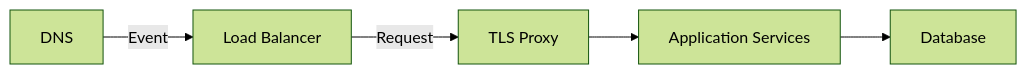
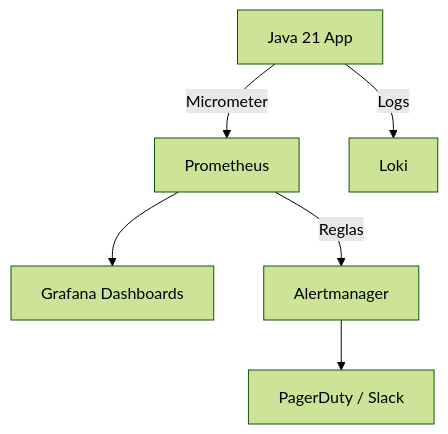
The fourth of 8 diagrams in _Review/dns_tls_y_load_balancing_en_sistemas_modernos/dns_tls_y_load_balancing_en_sistemas_modernos.md (Joaquinriosheredia/DAM-Java-Mastery), drawn with Mermaid (forest theme) before and after one commit. The commit also changed other lines of this file, not shown here.

Commit message:
DNS, TLS y Load Balancing en Sistemas Modernos con Java 21

````diff
--- a/_Review/dns_tls_y_load_balancing_en_sistemas_modernos/dns_tls_y_load_balancing_en_sistemas_modernos.md
+++ b/_Review/dns_tls_y_load_balancing_en_sistemas_modernos/dns_tls_y_load_balancing_en_sistemas_modernos.md
@@ -561,7 +256,8 @@
 ```mermaid
-graph LR
-    A[DNS] -->|Event| B[Load Balancer];
-    B -->|Request| C[TLS Proxy];
-    C --> D[Application Services];
-    D --> E[Database];
+graph TD
+    APP[Java 21 App] -->|Micrometer| PROM[Prometheus]
+    APP -->|Logs| LOKI[Loki]
+    PROM --> GRAF[Grafana Dashboards]
+    PROM -->|Reglas| ALERT[Alertmanager]
+    ALERT --> PAGER[PagerDuty / Slack]
 ```
````
